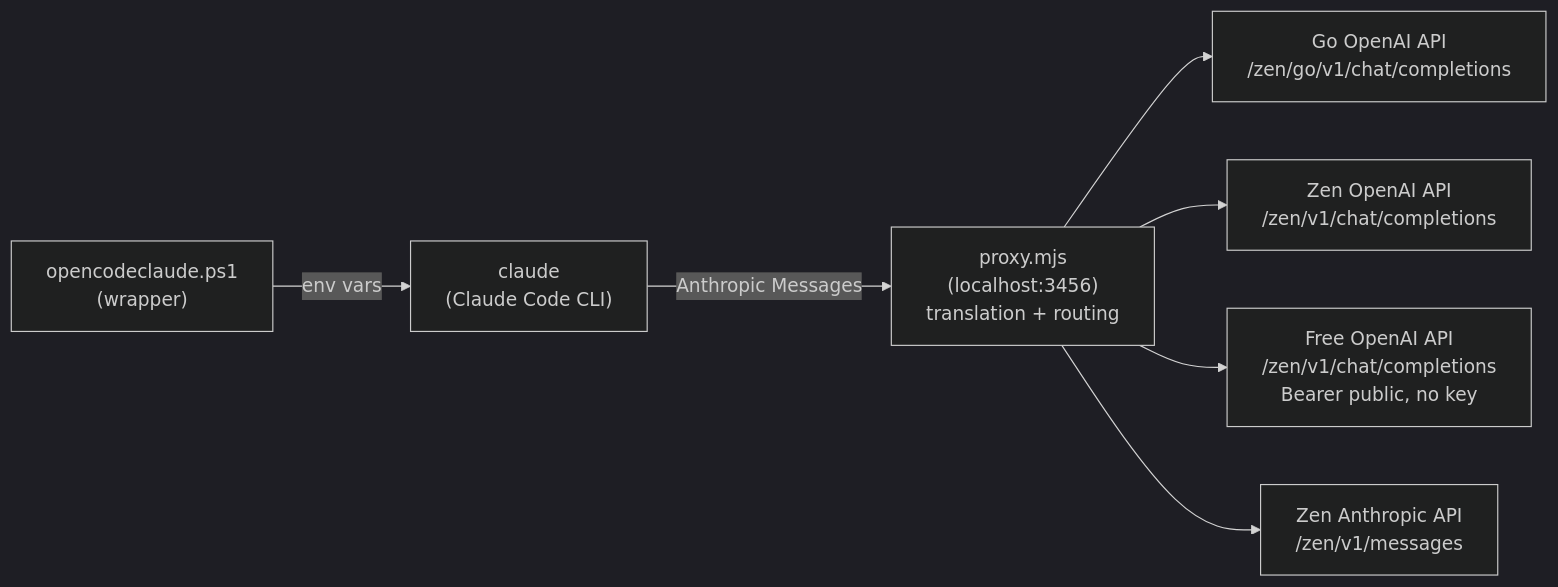
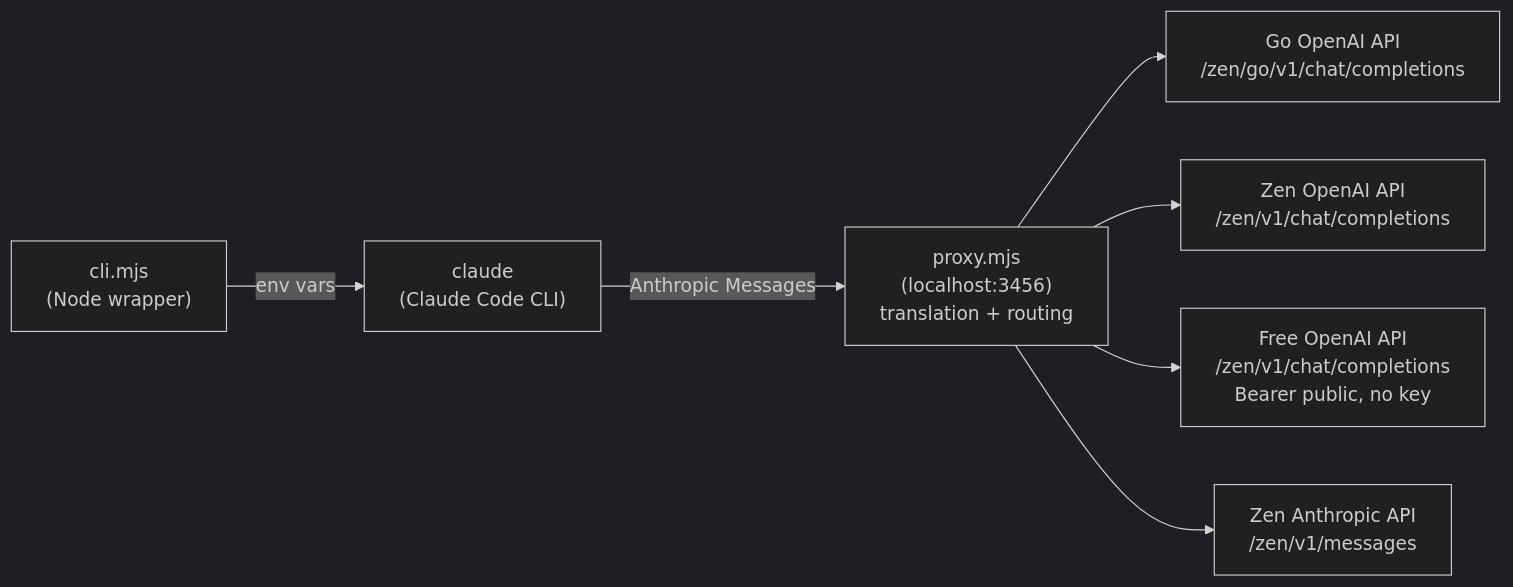
Before and after one commit to dimassfeb-09/opencodeclaude: the diagram in README.md, drawn with Mermaid (dark theme). The commit also changed other lines of this file and 6 other files, not shown here.

````diff
--- a/README.md
+++ b/README.md
@@ -41,9 +41,9 @@
 ```mermaid
 flowchart LR
-    W["opencodeclaude.ps1<br/>(wrapper)"] -->|"env vars"| C["claude<br/>(Claude Code CLI)"]
+    W["cli.mjs<br/>(Node wrapper)"] -->|"env vars"| C["claude<br/>(Claude Code CLI)"]
     C -->|"Anthropic Messages"| P["proxy.mjs<br/>(localhost:3456)<br/>translation + routing"]
     P --> G["Go OpenAI API<br/>/zen/go/v1/chat/completions"]
     P --> ZO["Zen OpenAI API<br/>/zen/v1/chat/completions"]
     P --> ZF["Free OpenAI API<br/>/zen/v1/chat/completions<br/>Bearer public, no key"]
     P --> ZA["Zen Anthropic API<br/>/zen/v1/messages"]
 ```
````
